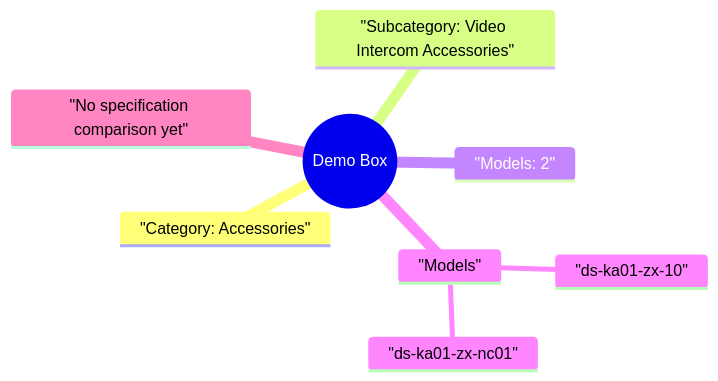
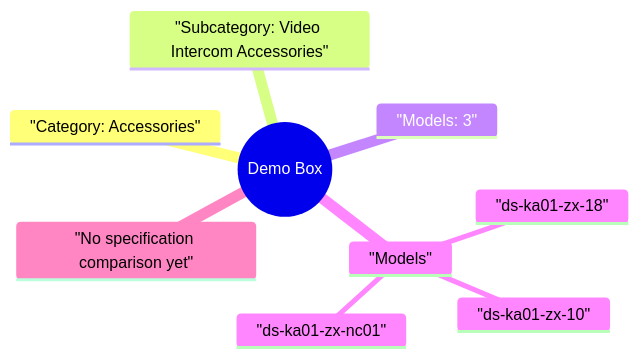
One commit to 123321step/hikvision-product-map changed the diagram in site/mindmaps/en-accessories-video-intercom-accessories-demo-box.mmd. Above: the diagram before and after it, drawn with Mermaid. The commit also changed 21 other files, not shown here.

```diff
--- a/site/mindmaps/en-accessories-video-intercom-accessories-demo-box.mmd
+++ b/site/mindmaps/en-accessories-video-intercom-accessories-demo-box.mmd
@@ -1,9 +1,10 @@
 mindmap
   root(("Demo Box"))
     "Category: Accessories"
     "Subcategory: Video Intercom Accessories"
-    "Models: 2"
+    "Models: 3"
     "Models"
       "ds-ka01-zx-10"
+      "ds-ka01-zx-18"
       "ds-ka01-zx-nc01"
     "No specification comparison yet"
```
